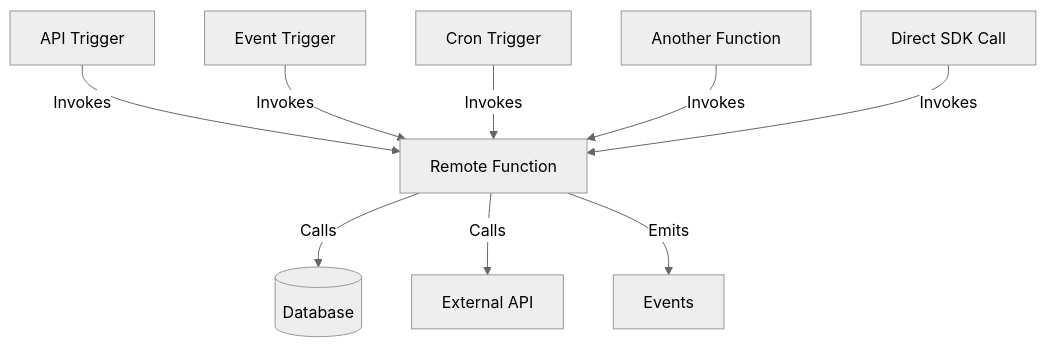
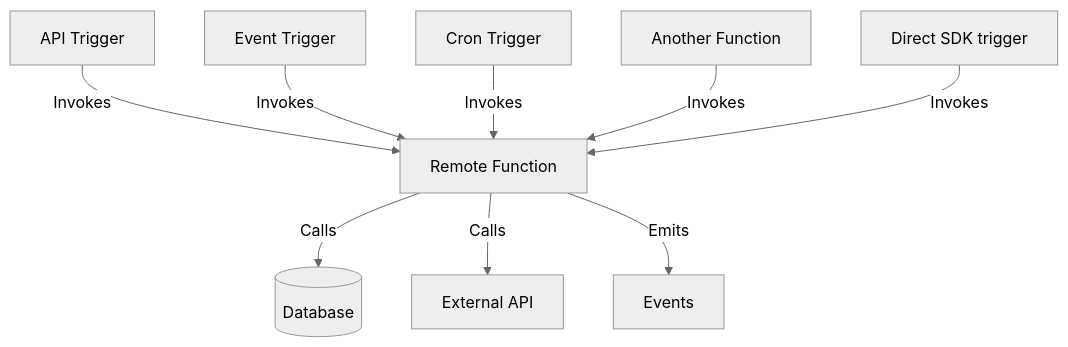
One commit to iii-hq/docs changed the first of 2 diagrams in content/remote-functions.mdx. Above: the diagram before and after it, drawn with Mermaid (neutral theme). The commit also changed other lines of this file and 91 other files, not shown here.

````diff
--- a/content/remote-functions.mdx
+++ b/content/remote-functions.mdx
@@ -15,12 +15,12 @@
 ```mermaid
 graph TD
     API[API Trigger] -->|Invokes| Func[Remote Function]
     Event[Event Trigger] -->|Invokes| Func
     Cron[Cron Trigger] -->|Invokes| Func
     Other[Another Function] -->|Invokes| Func
-    Direct[Direct SDK Call] -->|Invokes| Func
+    Direct[Direct SDK trigger] -->|Invokes| Func
 
     Func -->|Calls| DB[(Database)]
     Func -->|Calls| External[External API]
     Func -->|Emits| Events[Events]
 ```
````
